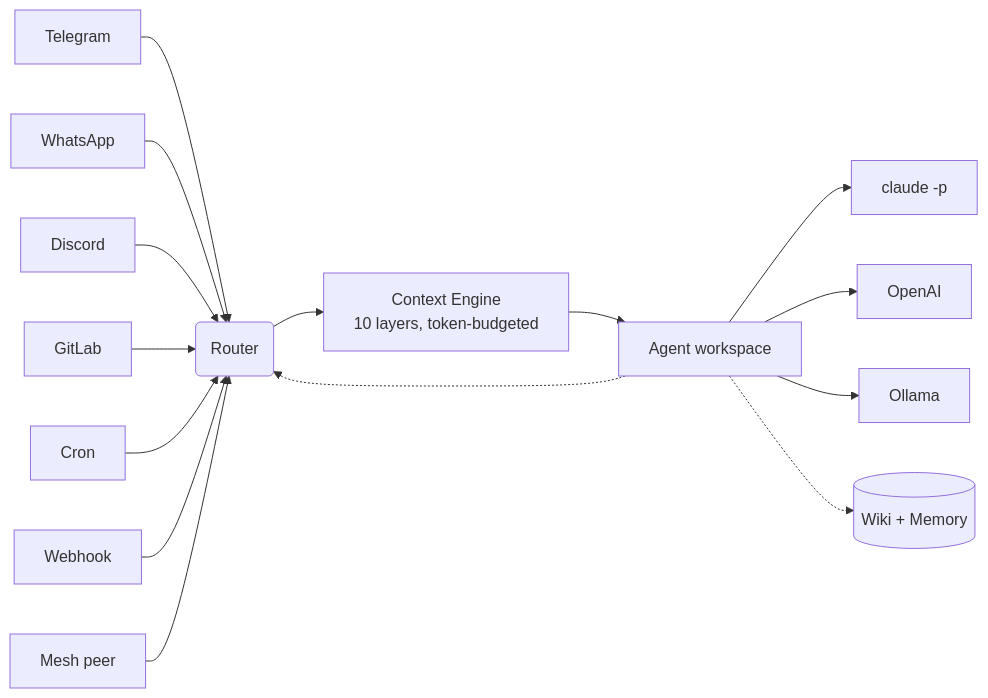
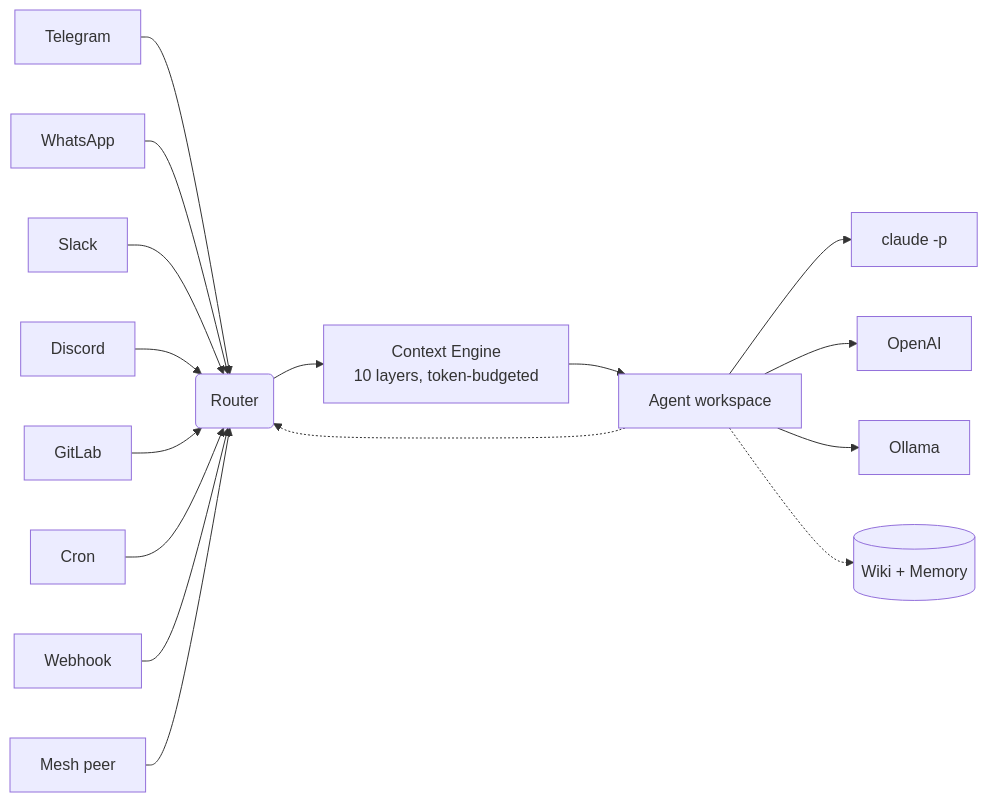
The diagram in README.md (anis-marrouchi/agentx), drawn with Mermaid before and after one commit. The commit also changed other lines of this file and 5 other files, not shown here.

````diff
--- a/README.md
+++ b/README.md
@@ -80,17 +85,18 @@
 ```mermaid
 graph LR
   T[Telegram] --> R(Router)
   W[WhatsApp] --> R
+  S[Slack] --> R
   D[Discord] --> R
   G[GitLab] --> R
   C[Cron] --> R
   H[Webhook] --> R
   M[Mesh peer] --> R
   R --> CTX[Context Engine<br/>10 layers, token-budgeted]
   CTX --> AG[Agent workspace]
   AG --> P1[claude -p]
   AG --> P2[OpenAI]
   AG --> P3[Ollama]
   AG -.-> MEM[(Wiki + Memory)]
   AG -.-> R
 ```
````
